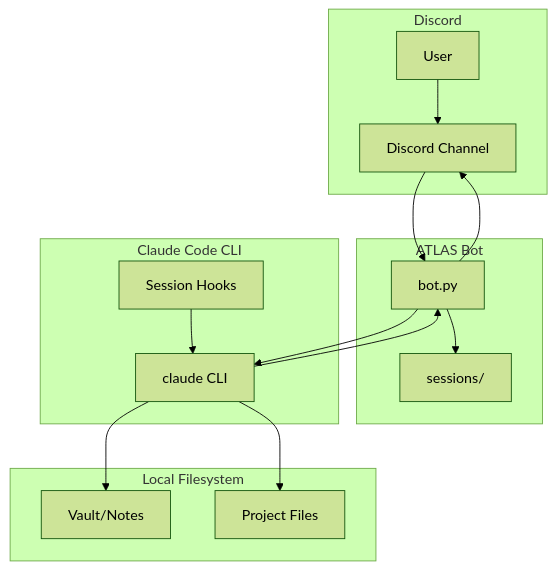
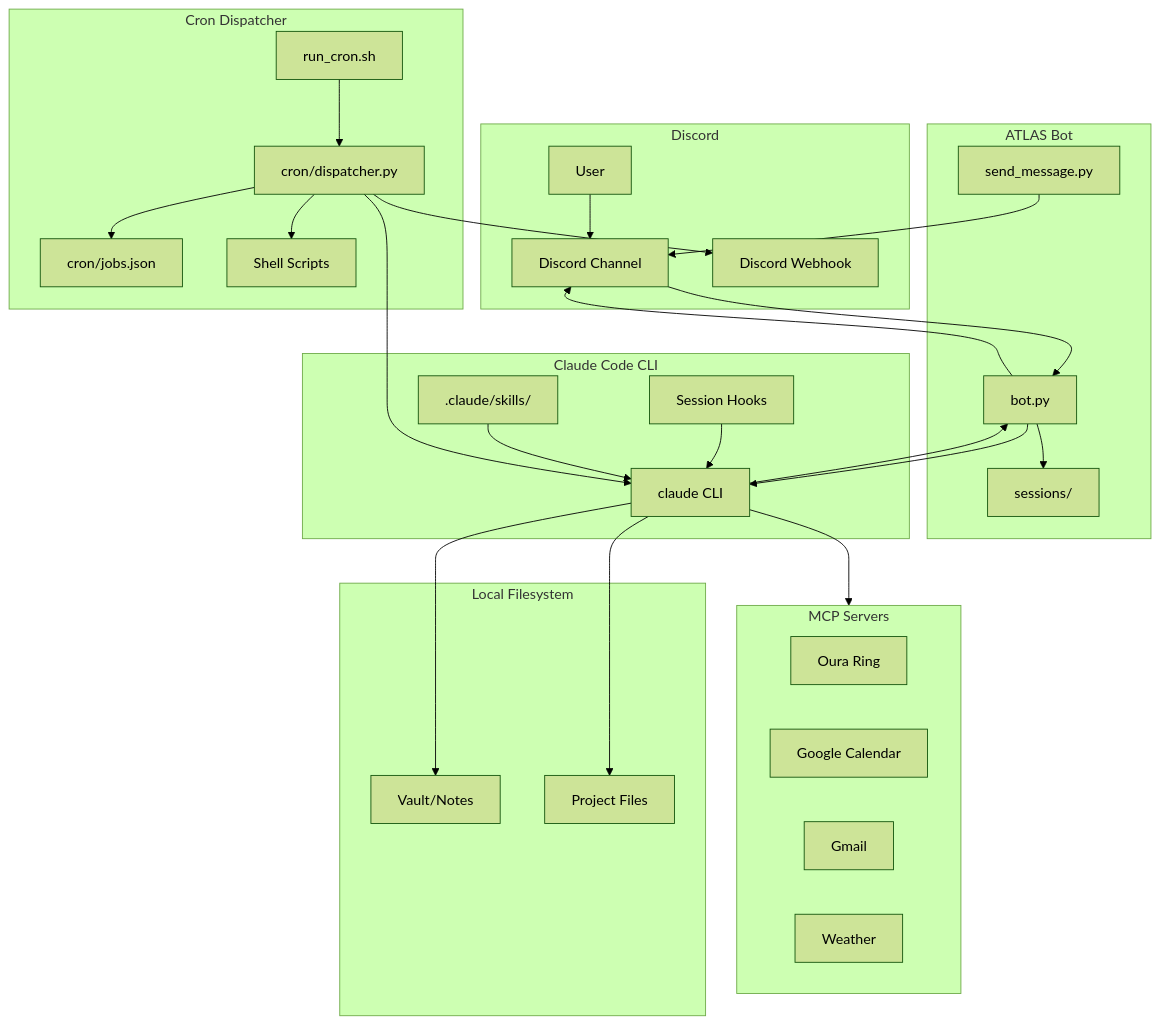
One commit to jamesmoon2/ATLAS-bot changed the first of 5 diagrams in README.md. Above: the diagram before and after it, drawn with Mermaid (forest theme). The commit also changed other lines of this file and 2 other files, not shown here.

First line of the commit message:
docs: update README, CHANGELOG, and add ROADMAP

````diff
--- a/README.md
+++ b/README.md
@@ -12,32 +12,57 @@
 ```mermaid
 flowchart TB
     subgraph Discord
         User[User]
         Channel[Discord Channel]
+        Webhook[Discord Webhook]
     end
 
     subgraph ATLAS[ATLAS Bot]
         Bot[bot.py]
         Sessions[sessions/]
+        SendMsg[send_message.py]
+    end
+
+    subgraph Cron[Cron Dispatcher]
+        RunCron[run_cron.sh]
+        Dispatcher[cron/dispatcher.py]
+        Jobs[cron/jobs.json]
+        Scripts[Shell Scripts]
     end
 
     subgraph CLI[Claude Code CLI]
         Claude[claude CLI]
         Hooks[Session Hooks]
+        Skills[.claude/skills/]
+    end
+
+    subgraph MCP[MCP Servers]
+        Oura[Oura Ring]
+        Calendar[Google Calendar]
+        Gmail[Gmail]
+        Weather[Weather]
     end
 
     subgraph FS[Local Filesystem]
         Vault[Vault/Notes]
         Files[Project Files]
     end
 
     User --> Channel
     Channel --> Bot
     Bot --> Claude
     Bot --> Sessions
     Claude --> Vault
     Claude --> Files
+    Claude --> MCP
     Hooks --> Claude
+    Skills --> Claude
     Claude --> Bot
     Bot --> Channel
+    RunCron --> Dispatcher
+    Dispatcher --> Jobs
+    Dispatcher --> Claude
+    Dispatcher --> Scripts
+    Dispatcher --> Webhook
+    SendMsg --> Channel
 ```
````
